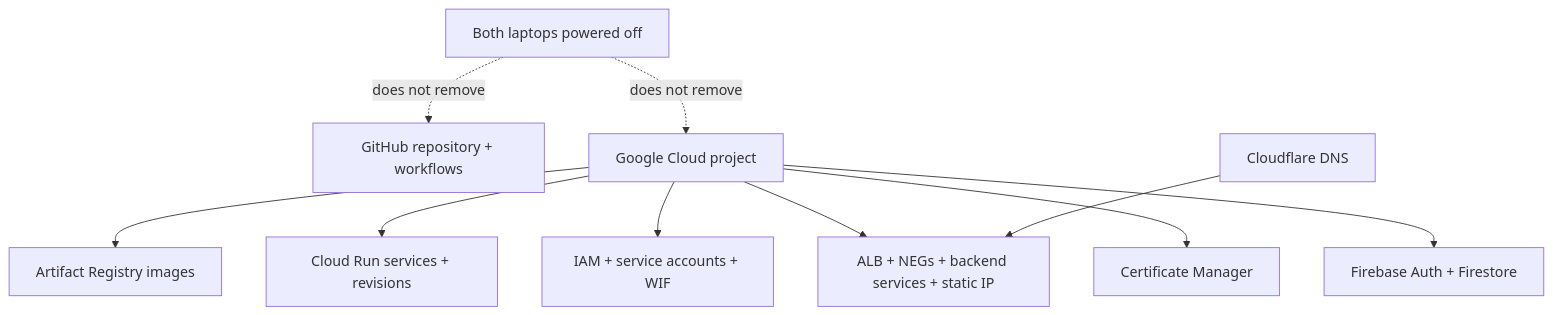
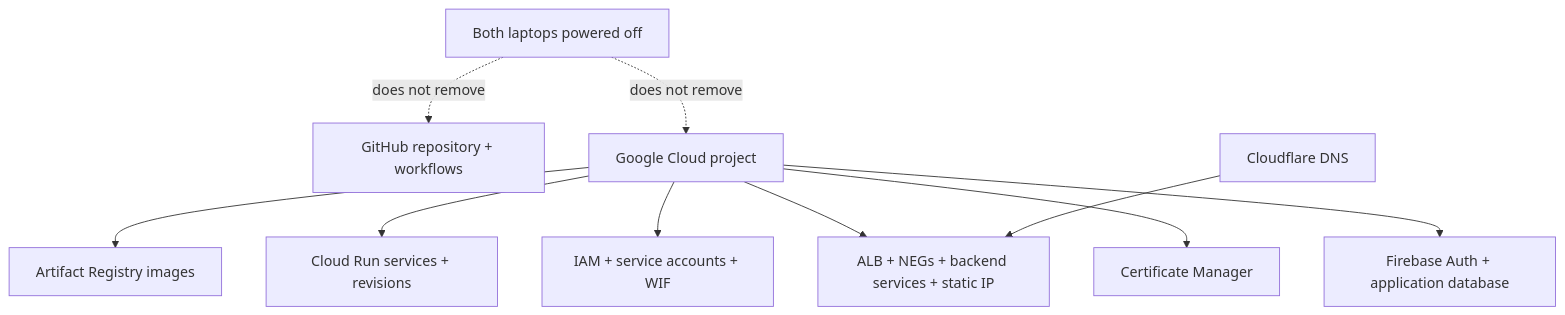
Before and after one commit to bayes-institute/bayes-learning-platform: the ninth of 10 diagrams in planning/docs/01_bayes-cloud-architecture-and-machine-setup.md, drawn with Mermaid. The commit also changed other lines of this file and 12 other files, not shown here.

````diff
--- a/planning/docs/01_bayes-cloud-architecture-and-machine-setup.md
+++ b/planning/docs/01_bayes-cloud-architecture-and-machine-setup.md
@@ -844,23 +844,23 @@
 ```mermaid
 flowchart TD
     OFF[Both laptops powered off]
     GH[GitHub repository + workflows]
     GCP[Google Cloud project]
     AR[Artifact Registry images]
     RUN[Cloud Run services + revisions]
     IAM[IAM + service accounts + WIF]
     LB[ALB + NEGs + backend services + static IP]
     TLS[Certificate Manager]
     DNS[Cloudflare DNS]
-    DATA[Firebase Auth + Firestore]
+    DATA[Firebase Auth + application database]
 
     OFF -.does not remove.-> GH
     OFF -.does not remove.-> GCP
     GCP --> AR
     GCP --> RUN
     GCP --> IAM
     GCP --> LB
     GCP --> TLS
     GCP --> DATA
     DNS --> LB
 ```
````
